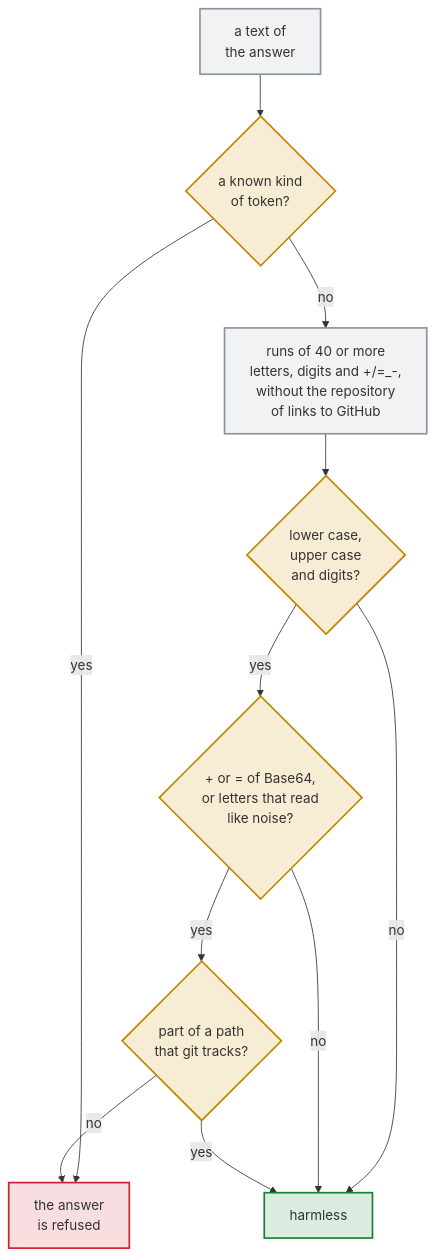
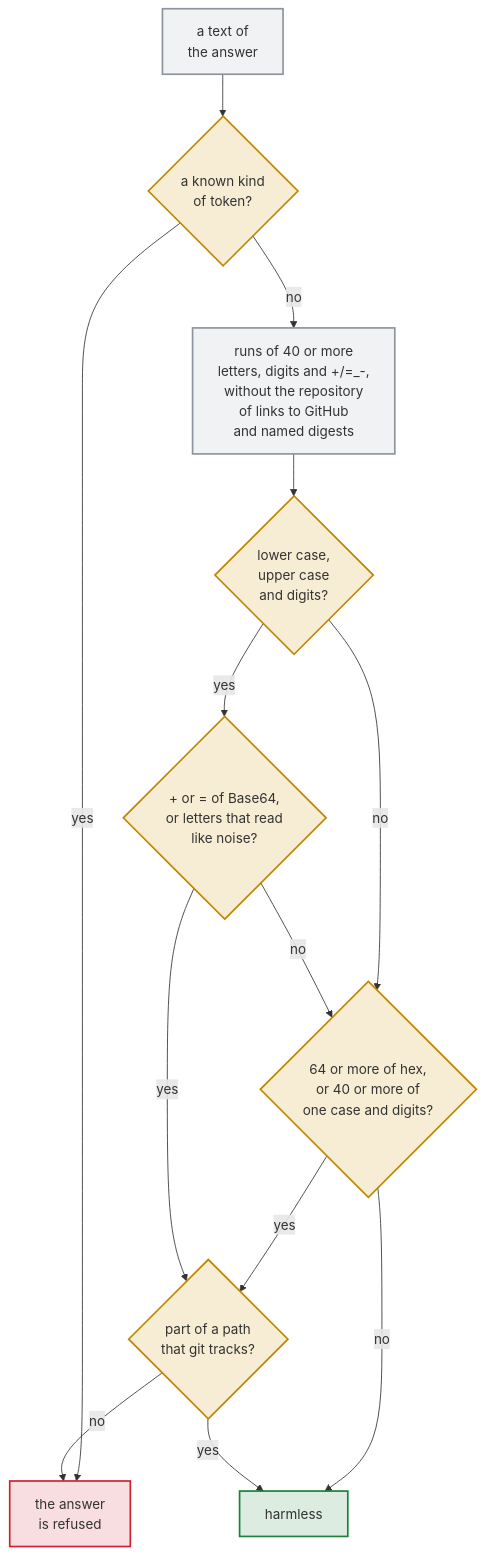
One commit to Dennis-Otto/issue-assistant changed the diagram in docs/diagrams/how-the-apply-job-decides-whether-a-text-of-the-answer-holds-a-secret.mmd. Above: the diagram before and after it, drawn with Mermaid. The commit also changed 7 other files, not shown here.

First line of the commit message:
fix(answers): refuse Google API keys, more tokens and long runs of one case (#378)

```diff
--- a/docs/diagrams/how-the-apply-job-decides-whether-a-text-of-the-answer-holds-a-secret.mmd
+++ b/docs/diagrams/how-the-apply-job-decides-whether-a-text-of-the-answer-holds-a-secret.mmd
@@ -1,21 +1,23 @@
 flowchart TB
   accTitle: How the apply job decides whether a text of the answer holds a secret
-  accDescr: A known kind of token refuses the answer wherever it is. Any other text is looked at in runs of 40 or more letters, digits and the characters plus, slash, equals sign, underscore and dash, after the owner, the repository and the commit or branch of every link to GitHub are left out, unless the name of the repository or the branch has 32 or more characters. A run without lower case, upper case and digits is harmless. A run with the plus or equals sign of Base64, or whose letters read like noise, is a key, unless it is part of the path of a file that git tracks. Any other run is harmless.
+  accDescr: A known kind of token refuses the answer wherever it is. Any other text is looked at in runs of 40 or more letters, digits and the characters plus, slash, equals sign, underscore and dash, after the owner, the repository and the commit or branch of every link to GitHub are left out, unless the name of the repository or the branch has 32 or more characters, and every digest that names its algorithm, such as sha256:, is left out too. A run with lower case, upper case and digits is a key when it has the plus or equals sign of Base64 or its letters read like noise. Every other run is a key when it holds 64 or more characters of hex, or 40 or more of one case and digits with a letter beyond those of hex. A key is harmless when it is part of the path of a file that git tracks. Any other run is harmless.
   text["a text of<br>the answer"] --> known{"a known kind<br>of token?"}
   known -- "yes" --> refused["the answer<br>is refused"]
-  known -- "no" --> runs["runs of 40 or more<br>letters, digits and +/=_-,<br>without the repository<br>of links to GitHub"]
+  known -- "no" --> runs["runs of 40 or more<br>letters, digits and +/=_-,<br>without the repository<br>of links to GitHub<br>and named digests"]
   runs --> mixed{"lower case,<br>upper case<br>and digits?"}
-  mixed -- "no" --> harmless["harmless"]
+  mixed -- "no" --> single{"64 or more of hex,<br>or 40 or more of<br>one case and digits?"}
+  single -- "no" --> harmless["harmless"]
+  single -- "yes" --> tracked
   mixed -- "yes" --> random{"+ or = of Base64,<br>or letters that read<br>like noise?"}
-  random -- "no" --> harmless
+  random -- "no" --> single
   random -- "yes" --> tracked{"part of a path<br>that git tracks?"}
   tracked -- "yes" --> harmless
   tracked -- "no" --> refused
   classDef question fill:#d4a72c33,stroke:#bf8700,stroke-width:2px
   classDef job fill:#8c959f1f,stroke:#8c959f,stroke-width:2px
   classDef untrusted fill:#cf222e26,stroke:#cf222e,stroke-width:2px
   classDef safe fill:#1a7f3726,stroke:#1a7f37,stroke-width:2px
-  class known,mixed,random,tracked question
+  class known,mixed,single,random,tracked question
   class text,runs job
   class refused untrusted
   class harmless safe
```
